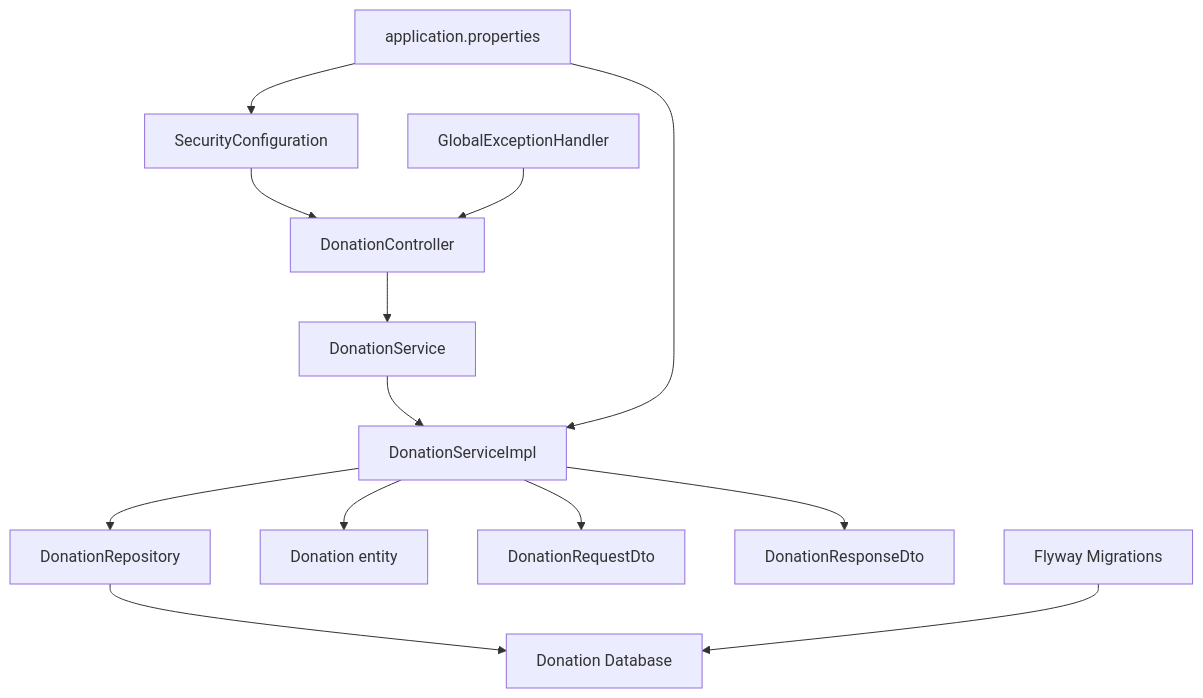
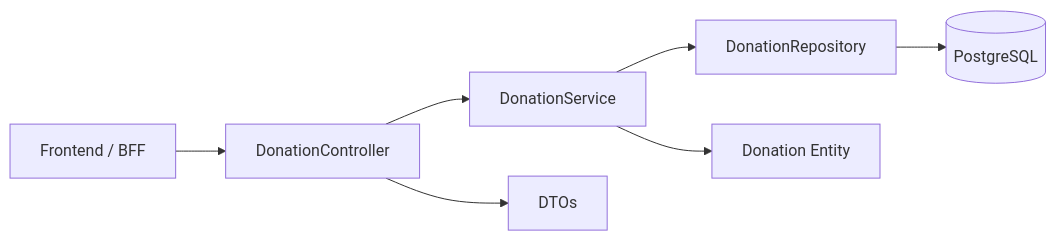
The third of 6 diagrams in docs/DIAGRAMAS_DE_COMPONENTES.md (NelsonCofre/donaton-project), drawn with Mermaid before and after one commit. The commit also changed other lines of this file and 5 other files, not shown here.

````diff
--- a/docs/DIAGRAMAS_DE_COMPONENTES.md
+++ b/docs/DIAGRAMAS_DE_COMPONENTES.md
@@ -101,19 +44,10 @@
 ```mermaid
-flowchart TD
-    A["DonationController"] --> B["DonationService"]
-    B --> C["DonationServiceImpl"]
+flowchart LR
+    A[Frontend / BFF] --> B[DonationController]
+    B --> C[DonationService]
+    C --> D[DonationRepository]
+    D --> E[(PostgreSQL)]
 
-    C --> D["DonationRepository"]
-    C --> E["Donation entity"]
-    C --> F["DonationRequestDto"]
-    C --> G["DonationResponseDto"]
-
-    H["SecurityConfiguration"] --> A
-    I["GlobalExceptionHandler"] --> A
-
-    D --> J["Donation Database"]
-    K["Flyway Migrations"] --> J
-
-    L["application.properties"] --> H
-    L --> C
+    C --> F[Donation Entity]
+    B --> G[DTOs]
 ```
````
